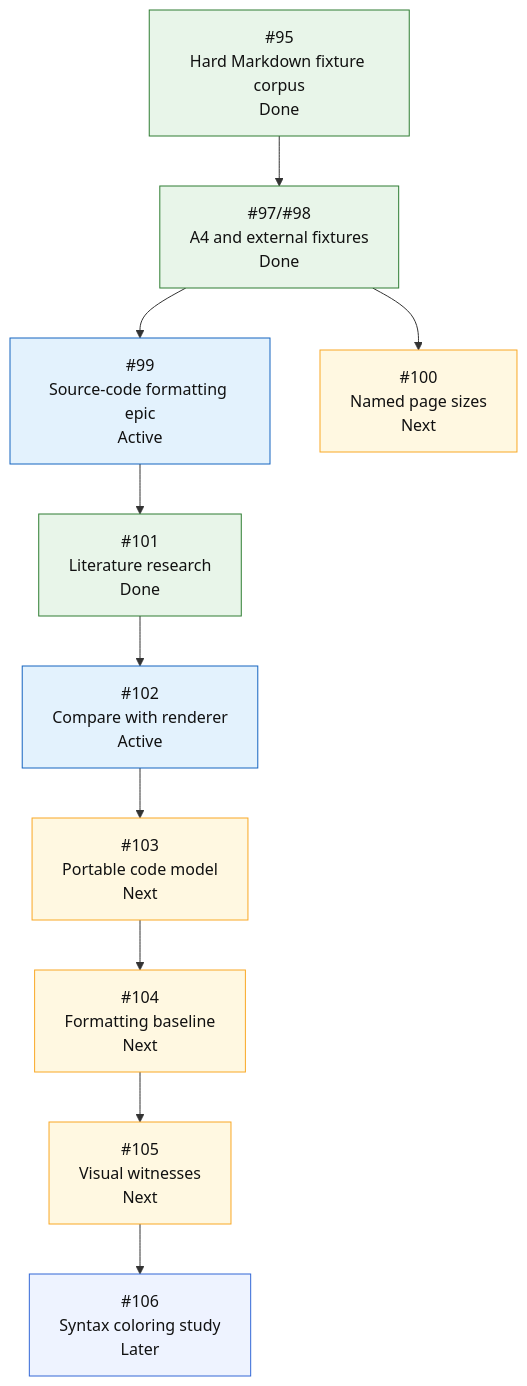
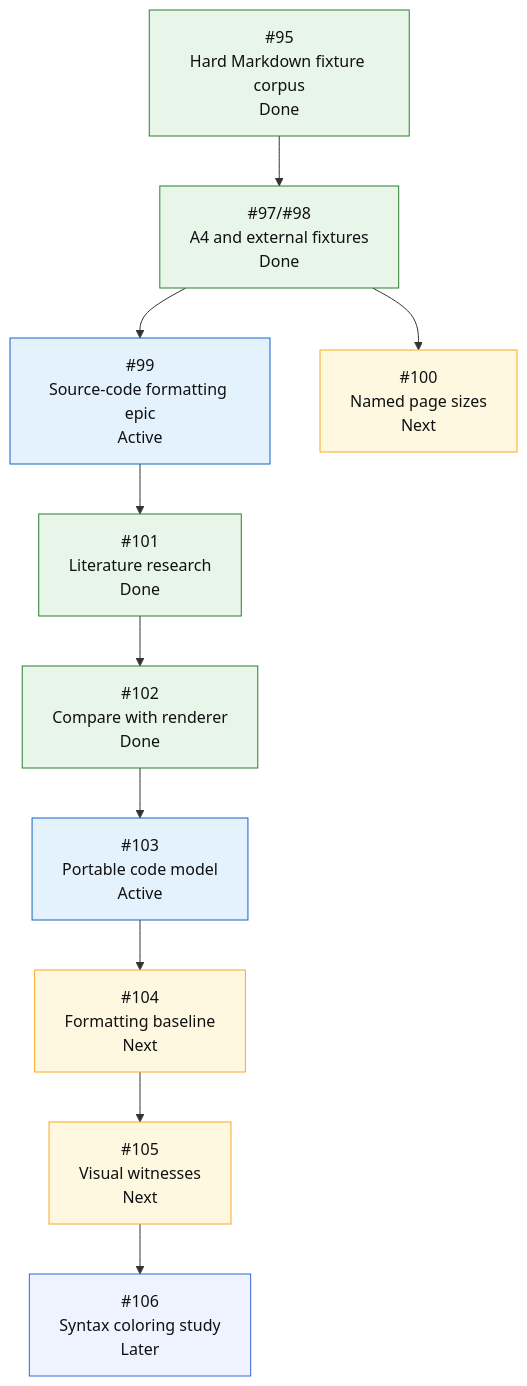
Before and after one commit to mihaelamj/MarkdownPDF: the fifth of 5 diagrams in README.md, drawn with Mermaid.

Commit message:
docs(roadmap): advance source code model issue

````diff
--- a/README.md
+++ b/README.md
@@ -416,31 +416,31 @@
 ```mermaid
 flowchart TD
     H0["#95<br/>Hard Markdown fixture corpus<br/>Done"]
     H1["#97/#98<br/>A4 and external fixtures<br/>Done"]
     H2["#99<br/>Source-code formatting epic<br/>Active"]
     H2A["#101<br/>Literature research<br/>Done"]
-    H2B["#102<br/>Compare with renderer<br/>Active"]
-    H2C["#103<br/>Portable code model<br/>Next"]
+    H2B["#102<br/>Compare with renderer<br/>Done"]
+    H2C["#103<br/>Portable code model<br/>Active"]
     H2D["#104<br/>Formatting baseline<br/>Next"]
     H2E["#105<br/>Visual witnesses<br/>Next"]
     H2F["#106<br/>Syntax coloring study<br/>Later"]
     H3["#100<br/>Named page sizes<br/>Next"]
 
     H0 --> H1
     H1 --> H2
     H2 --> H2A --> H2B --> H2C --> H2D --> H2E --> H2F
     H1 --> H3
 
     classDef done fill:#e8f5e9,stroke:#2e7d32,color:#111;
     classDef active fill:#e3f2fd,stroke:#1565c0,color:#111;
     classDef review fill:#f3e5f5,stroke:#7b1fa2,color:#111;
     classDef next fill:#fff8e1,stroke:#f9a825,color:#111;
     classDef todo fill:#eef3ff,stroke:#3367d6,color:#111;
     class H0 done;
     class H1 done;
-    class H2,H2B active;
-    class H2A done;
-    class H2C,H2D,H2E next;
+    class H2,H2C active;
+    class H2A,H2B done;
+    class H2D,H2E next;
     class H2F todo;
     class H3 next;
 ```
````
